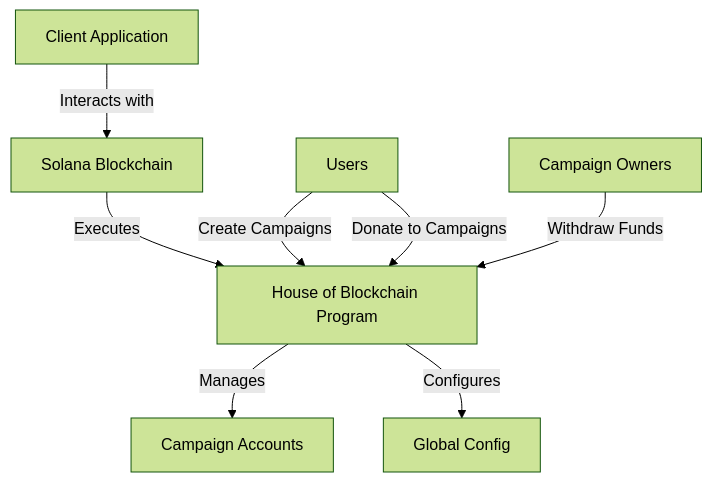
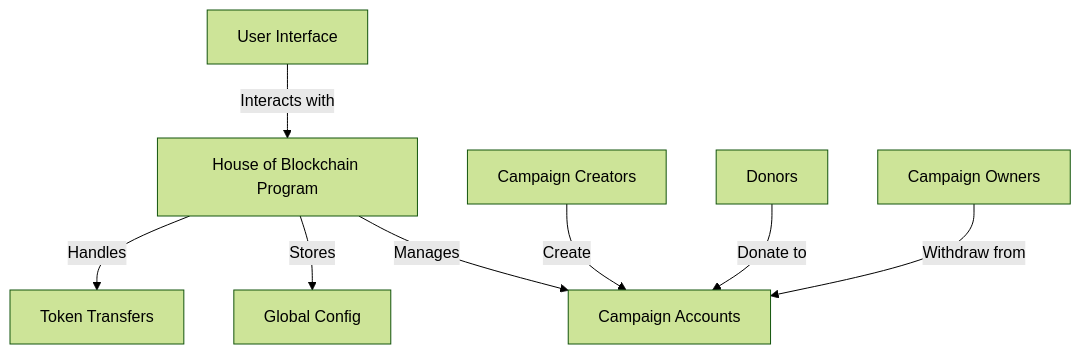
Before and after one commit to nileshpahari/heartofblockchain: the first of 2 diagrams in README.md, drawn with Mermaid (forest theme). The commit also changed other lines of this file, not shown here.

Commit message:
Revise README.md to clarify project architecture and data flow
- Updated the diagram to reflect changes in terminology, replacing "Client Application" with "User Interface" and adjusting the relationships between components.
- Enhanced the sequence diagram to include verification steps for campaign creation and donation processes, as well as improved clarity on fund withdrawal logic.

````diff
--- a/README.md
+++ b/README.md
@@ -17,10 +17,10 @@
 ```mermaid
 graph TD
-    A[Client Application] -->|Interacts with| B[Solana Blockchain]
-    B -->|Executes| C[House of Blockchain Program]
-    C -->|Manages| D[Campaign Accounts]
-    C -->|Configures| E[Global Config]
-    F[Users] -->|Create Campaigns| C
-    F -->|Donate to Campaigns| C
-    G[Campaign Owners] -->|Withdraw Funds| C
+    A[User Interface] -->|Interacts with| B[House of Blockchain Program]
+    B -->|Manages| C[Campaign Accounts]
+    B -->|Stores| D[Global Config]
+    B -->|Handles| E[Token Transfers]
+    F[Campaign Creators] -->|Create| C
+    G[Donors] -->|Donate to| C
+    H[Campaign Owners] -->|Withdraw from| C
 ```
````
